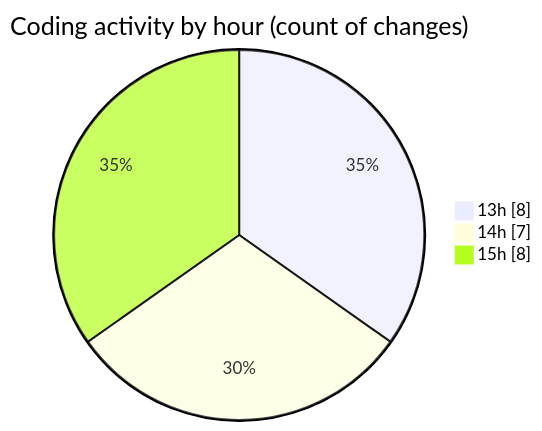
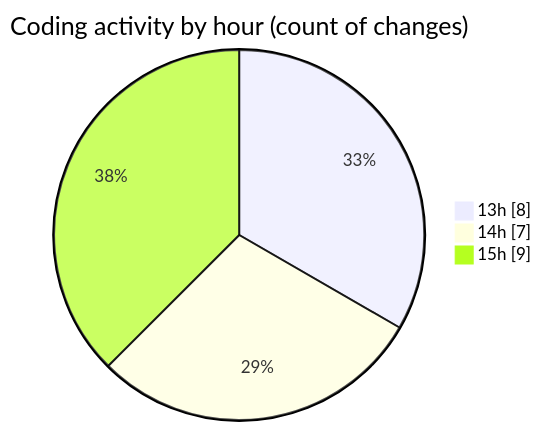
One commit to BS-eng2023/code-tracking changed the second of 2 diagrams in 2025-04-03/jsvms/README.md. Above: the diagram before and after it, drawn with Mermaid. The commit also changed other lines of this file and 1 other file, not shown here.

````diff
--- a/2025-04-03/jsvms/README.md
+++ b/2025-04-03/jsvms/README.md
@@ -37,7 +37,7 @@
 ```mermaid
 pie showData
 title Coding activity by hour (count of changes)
 "13h" : 8
 "14h" : 7
-"15h" : 8
+"15h" : 9
 ```
````
